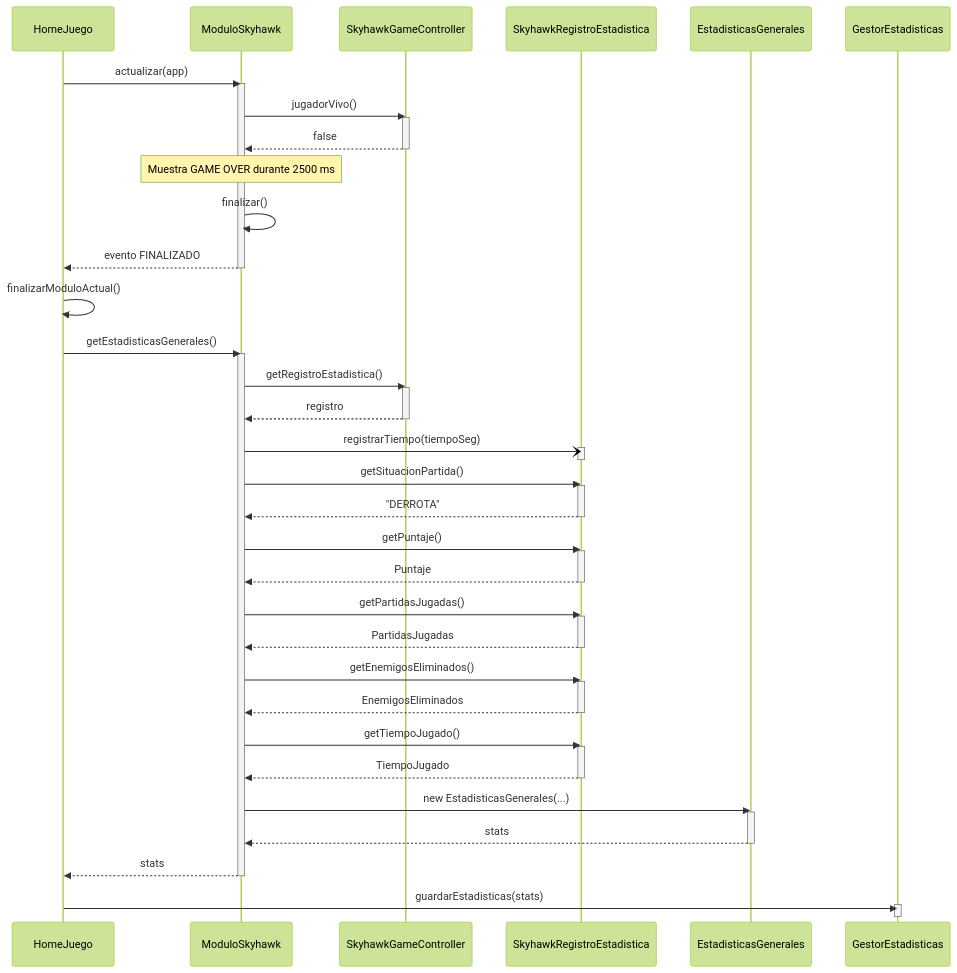
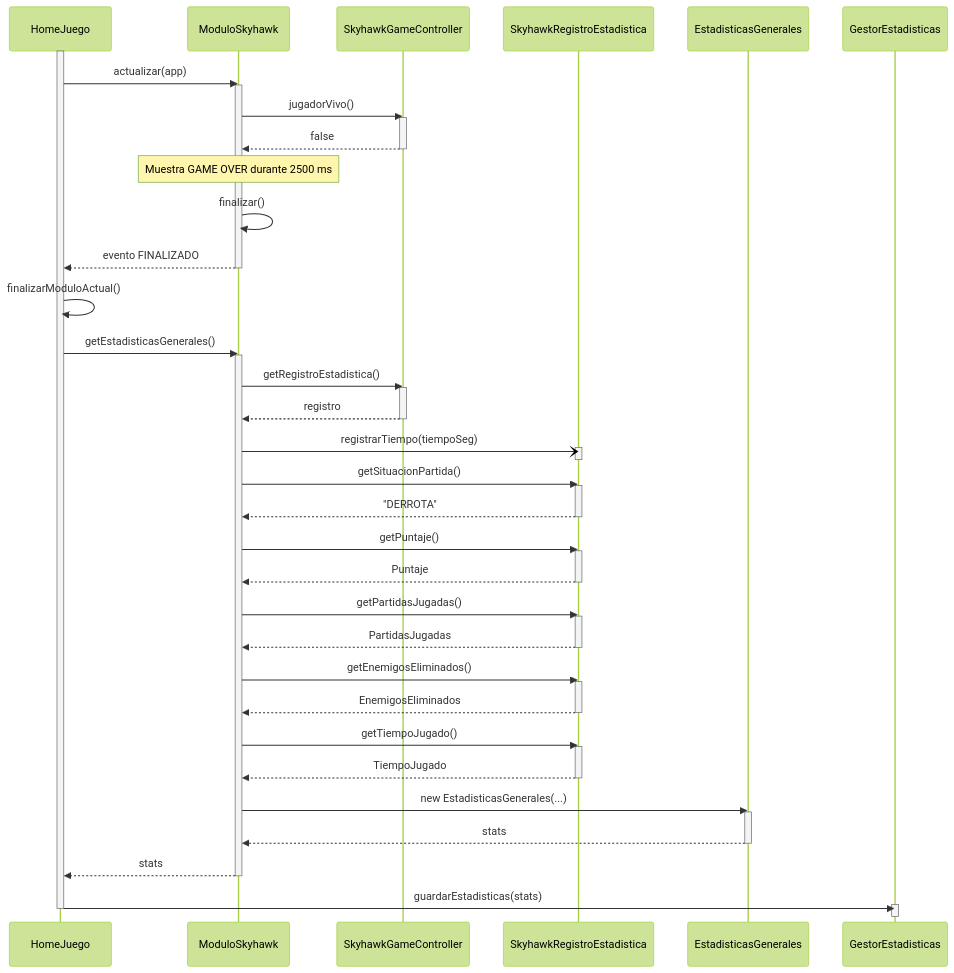
The seventh of 7 diagrams in Diagramas/diagram_Secuencias_Actualizados.md (chiaraarego/Grupo-2---Skyhawk), drawn with Mermaid (forest theme) before and after one commit.

````diff
--- a/Diagramas/diagram_Secuencias_Actualizados.md
+++ b/Diagramas/diagram_Secuencias_Actualizados.md
@@ -268,74 +268,77 @@
 ```mermaid
 sequenceDiagram
     participant HomeJuego
     participant ModuloSkyhawk
     participant SkyhawkGameController
     participant Registro as SkyhawkRegistroEstadistica
     participant Stats as EstadisticasGenerales
     participant Gestor as GestorEstadisticas
+
+    activate HomeJuego
 
     HomeJuego ->> ModuloSkyhawk: actualizar(app)
     activate ModuloSkyhawk
 
     ModuloSkyhawk ->> SkyhawkGameController: jugadorVivo()
     activate SkyhawkGameController
     SkyhawkGameController -->> ModuloSkyhawk: false
     deactivate SkyhawkGameController
 
     Note over ModuloSkyhawk: Muestra GAME OVER durante 2500 ms
 
     ModuloSkyhawk ->> ModuloSkyhawk: finalizar()
     ModuloSkyhawk -->> HomeJuego: evento FINALIZADO
     deactivate ModuloSkyhawk
 
     HomeJuego ->> HomeJuego: finalizarModuloActual()
 
     HomeJuego ->> ModuloSkyhawk: getEstadisticasGenerales()
     activate ModuloSkyhawk
 
     ModuloSkyhawk ->> SkyhawkGameController: getRegistroEstadistica()
     activate SkyhawkGameController
     SkyhawkGameController -->> ModuloSkyhawk: registro
     deactivate SkyhawkGameController
 
     ModuloSkyhawk -) Registro: registrarTiempo(tiempoSeg)
     activate Registro
     deactivate Registro
 
     ModuloSkyhawk ->> Registro: getSituacionPartida()
     activate Registro
     Registro -->> ModuloSkyhawk: "DERROTA"
     deactivate Registro
 
     ModuloSkyhawk ->> Registro: getPuntaje()
     activate Registro
     Registro -->> ModuloSkyhawk: Puntaje
     deactivate Registro
 
     ModuloSkyhawk ->> Registro: getPartidasJugadas()
     activate Registro
     Registro -->> ModuloSkyhawk: PartidasJugadas
     deactivate Registro
 
     ModuloSkyhawk ->> Registro: getEnemigosEliminados()
     activate Registro
     Registro -->> ModuloSkyhawk: EnemigosEliminados
     deactivate Registro
 
     ModuloSkyhawk ->> Registro: getTiempoJugado()
     activate Registro
     Registro -->> ModuloSkyhawk: TiempoJugado
     deactivate Registro
 
     ModuloSkyhawk ->> Stats: new EstadisticasGenerales(...)
     activate Stats
     Stats -->> ModuloSkyhawk: stats
     deactivate Stats
 
     ModuloSkyhawk -->> HomeJuego: stats
     deactivate ModuloSkyhawk
 
     HomeJuego ->> Gestor: guardarEstadisticas(stats)
     activate Gestor
     deactivate Gestor
+    deactivate HomeJuego
 ```
````
